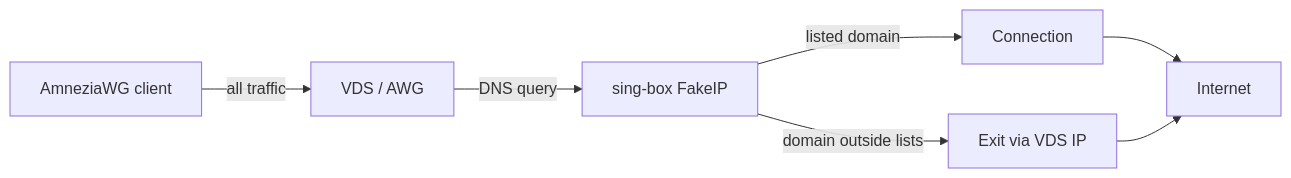
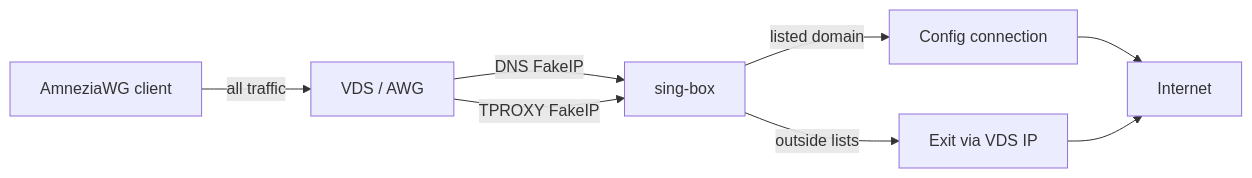
The diagram in readme/en/resolver.md (alt-plus-255/awg-gui), drawn with Mermaid before and after one commit. The commit also changed other lines of this file and 14 other files, not shown here.

````diff
--- a/readme/en/resolver.md
+++ b/readme/en/resolver.md
@@ -25,9 +25,10 @@
 ```mermaid
 flowchart LR
   Client[AmneziaWG client] -->|all traffic| VDS[VDS / AWG]
-  VDS -->|DNS query| FakeIP[sing-box FakeIP]
-  FakeIP -->|listed domain| Conn[Connection]
-  FakeIP -->|domain outside lists| VDSip[Exit via VDS IP]
+  VDS -->|DNS FakeIP| SB[sing-box]
+  VDS -->|TPROXY FakeIP| SB
+  SB -->|listed domain| Conn[Config connection]
+  SB -->|outside lists| VDSip[Exit via VDS IP]
   Conn --> Internet[Internet]
   VDSip --> Internet
 ```
````
